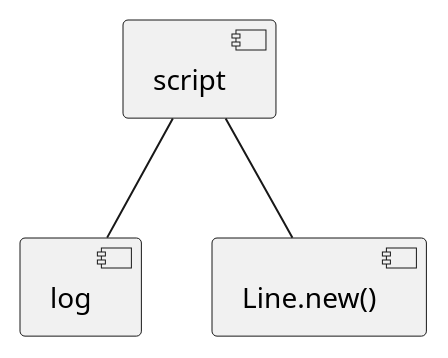
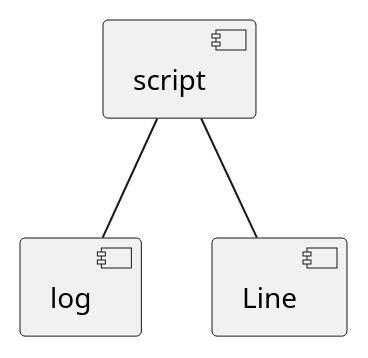
The first of 2 diagrams in _posts/2016/aug/2016-08-30-decomposition-of-responsibility.md (yegor256/blog), drawn with PlantUML before and after one commit.

```diff
--- a/_posts/2016/aug/2016-08-30-decomposition-of-responsibility.md
+++ b/_posts/2016/aug/2016-08-30-decomposition-of-responsibility.md
@@ -100,4 +100,4 @@
 {% plantuml %}
 [script] -down- [log]
-[script] -down- [Line.new()]
+[script] -down- [Line]
 {% endplantuml %}
```
